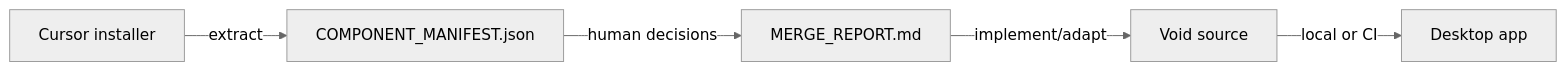
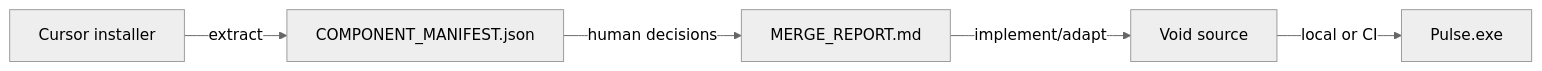
One commit to agnisadhak01/void changed the sixth of 6 diagrams in docs/ECOSYSTEM.md. Above: the diagram before and after it, drawn with Mermaid (neutral theme). The commit also changed other lines of this file and 21 other files, not shown here.

Commit message:
Refactor project branding from "Void" to "Pulse" across product.json, documentation, and scripts. Update .gitignore to track cursor patches and mods. Enhance HOW_TO_CONTRIBUTE and BUILD documentation with new development workflows and instructions for Cursor feature integration.

````diff
--- a/docs/ECOSYSTEM.md
+++ b/docs/ECOSYSTEM.md
@@ -202,7 +213,7 @@
 ```mermaid
 graph LR
   CURSOR[Cursor installer] -->|extract| MANIFEST[COMPONENT_MANIFEST.json]
   MANIFEST -->|human decisions| REPORT[MERGE_REPORT.md]
   REPORT -->|implement/adapt| VOID_SRC[Void source]
-  VOID_SRC -->|local or CI| SHIP[Desktop app]
+  VOID_SRC -->|local or CI| SHIP[Pulse.exe]
 ```
````
